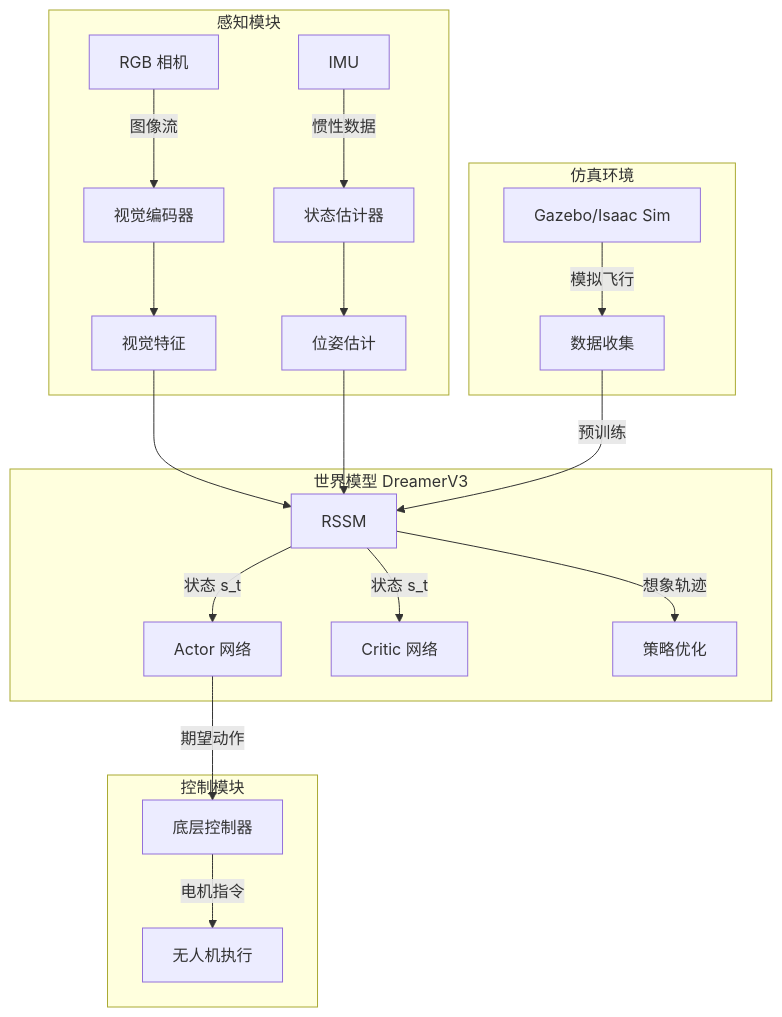
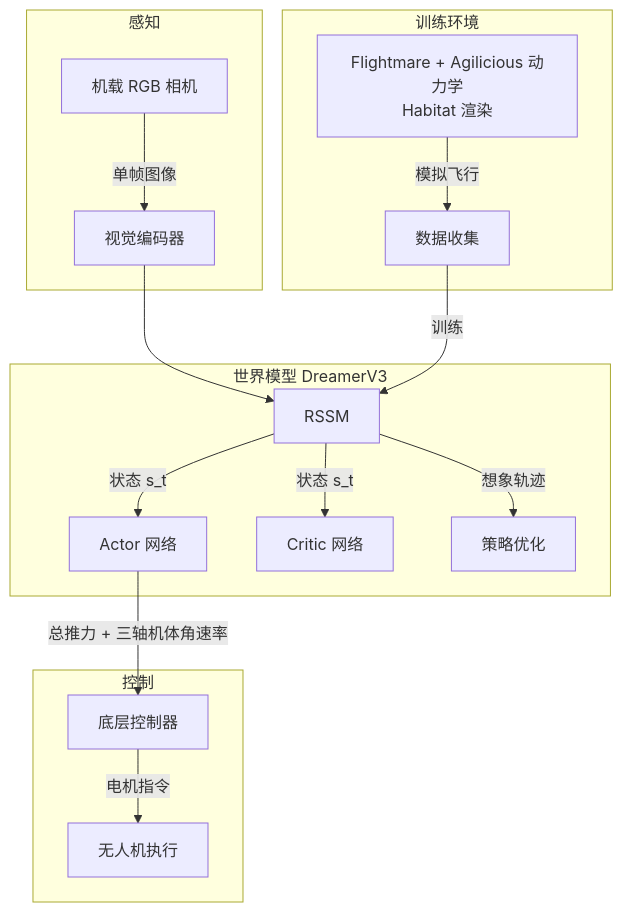
One commit to Qxy661/UAV-WM-VLA-Learning changed the fifth of 9 diagrams in docs/02-世界模型专题/03-模型强化学习世界模型.md. Above: the diagram before and after it, drawn with Mermaid. The commit also changed other lines of this file and 53 other files, not shown here.

````diff
--- a/docs/02-世界模型专题/03-模型强化学习世界模型.md
+++ b/docs/02-世界模型专题/03-模型强化学习世界模型.md
@@ -242,27 +246,23 @@
 ```mermaid
 graph TB
-    subgraph 感知模块
-        A[RGB 相机] -->|图像流| B[视觉编码器]
-        C[IMU] -->|惯性数据| D[状态估计器]
-        B --> E[视觉特征]
-        D --> F[位姿估计]
+    subgraph 感知
+        A[机载 RGB 相机] -->|单帧图像| B[视觉编码器]
     end
 
     subgraph 世界模型 DreamerV3
-        E --> G[RSSM]
-        F --> G
+        B --> G[RSSM]
         G -->|状态 s_t| H[Actor 网络]
         G -->|状态 s_t| I[Critic 网络]
         G -->|想象轨迹| J[策略优化]
     end
 
-    subgraph 控制模块
-        H -->|期望动作| K[底层控制器]
+    subgraph 控制
+        H -->|总推力 + 三轴机体角速率| K[底层控制器]
         K -->|电机指令| L[无人机执行]
     end
 
-    subgraph 仿真环境
-        M[Gazebo/Isaac Sim] -->|模拟飞行| N[数据收集]
-        N -->|预训练| G
+    subgraph 训练环境
+        M[Flightmare + Agilicious 动力学<br/>Habitat 渲染] -->|模拟飞行| N[数据收集]
+        N -->|训练| G
     end
 ```
````
